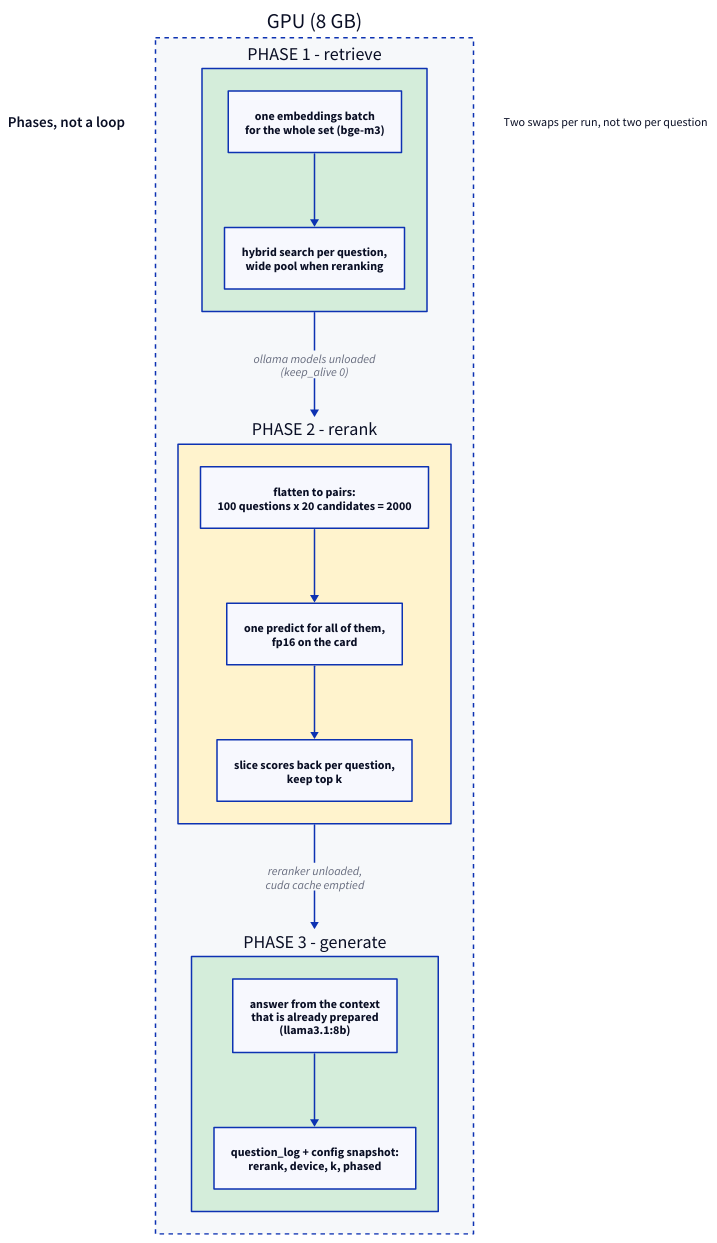
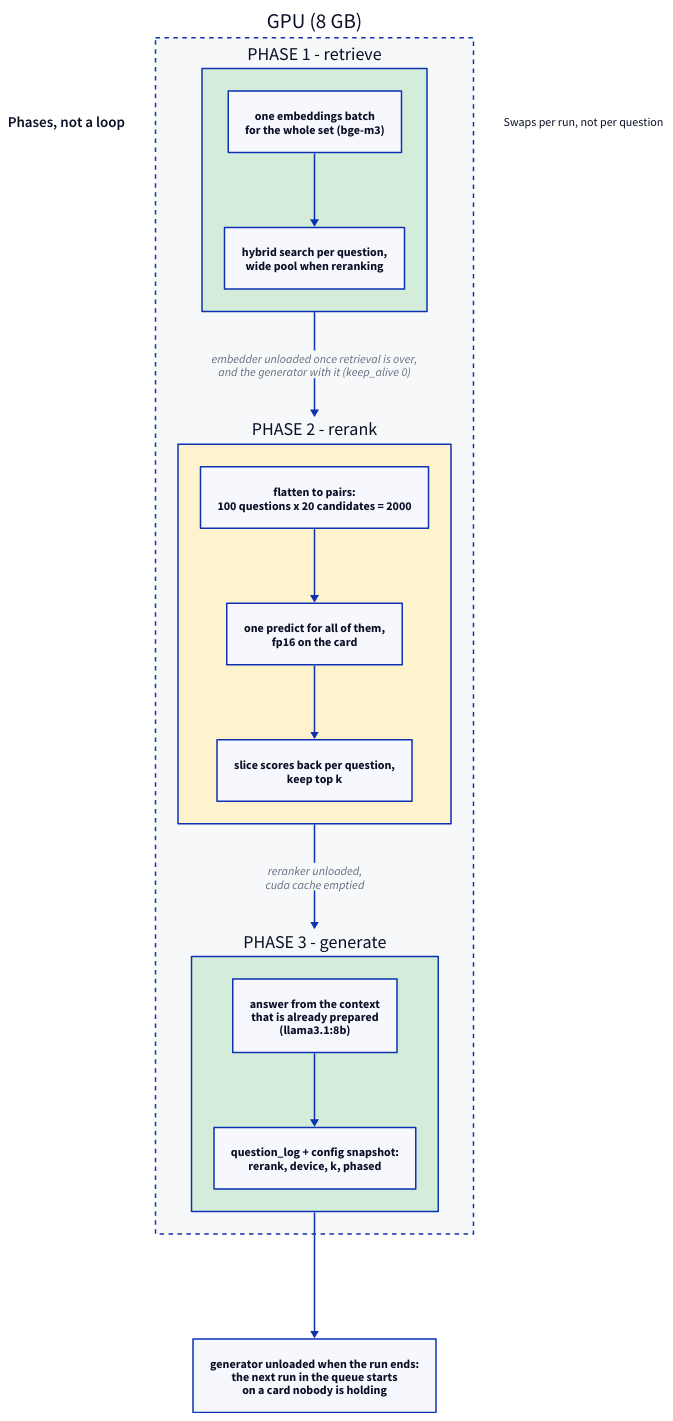
The diagram in docs/diagrams/phased_run.d2 (rikitikitav1/rag-lab), drawn with D2 before and after one commit. The commit also changed 8 other files, not shown here.

```diff
--- a/docs/diagrams/phased_run.d2
+++ b/docs/diagrams/phased_run.d2
@@ -1,44 +1,48 @@
 direction: down
 
 title: |md
   ### Phases, not a loop
 |
 
 card: GPU (8 GB) {
   style.stroke-dash: 3
   style.fill: "#f6f8fa"
 
   p1: "PHASE 1 - retrieve" {
     style.fill: "#d4edda"
     embed: "one embeddings batch\nfor the whole set (bge-m3)"
     search: "hybrid search per question,\nwide pool when reranking"
     embed -> search
   }
 
   p2: "PHASE 2 - rerank" {
     style.fill: "#fff3cd"
     flat: "flatten to pairs:\n100 questions x 20 candidates = 2000"
     once: "one predict for all of them,\nfp16 on the card"
     back: "slice scores back per question,\nkeep top k"
     flat -> once -> back
   }
 
   p3: "PHASE 3 - generate" {
     style.fill: "#d4edda"
     gen: "answer from the context\nthat is already prepared\n(llama3.1:8b)"
     logrow: "question_log + config snapshot:\nrerank, device, k, phased"
     gen -> logrow
   }
 
-  p1 -> p2: "ollama models unloaded\n(keep_alive 0)" {
+  p1 -> p2: "embedder unloaded once retrieval is over,\nand the generator with it (keep_alive 0)" {
     style.stroke-width: 2
   }
   p2 -> p3: "reranker unloaded,\ncuda cache emptied" {
     style.stroke-width: 2
   }
 }
 
+done: "generator unloaded when the run ends:\nthe next run in the queue starts\non a card nobody is holding"
+
+card.p3 -> done
+
 note: |md
-  Two swaps per run,
-  not two per question
+  Swaps per run,
+  not per question
 |
```
